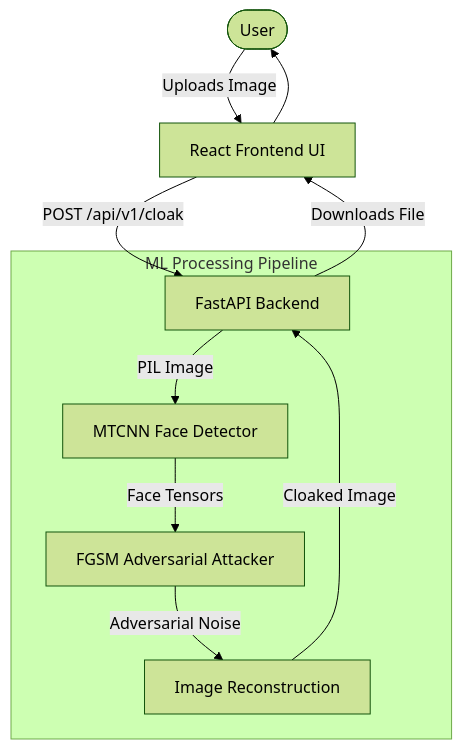
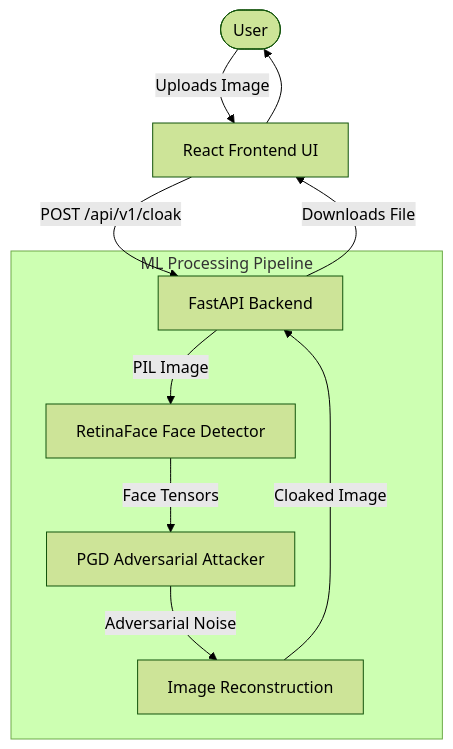
Before and after one commit to Shubham-Atram-ai/AntiDeepfake: the diagram in README.md, drawn with Mermaid (forest theme). The commit also changed other lines of this file and 43 other files, not shown here.

Commit message:
feat: complete Phase 2 migration to RetinaFace and PGD cloaking

````diff
--- a/README.md
+++ b/README.md
@@ -76,15 +76,15 @@
 ```mermaid
 graph TD
     User([User]) -->|Uploads Image| UI[React Frontend UI]
     UI -->|POST /api/v1/cloak| API[FastAPI Backend]
     
     subgraph ML Processing Pipeline
-        API -->|PIL Image| Detector[MTCNN Face Detector]
-        Detector -->|Face Tensors| Attacker[FGSM Adversarial Attacker]
+        API -->|PIL Image| Detector[RetinaFace Face Detector]
+        Detector -->|Face Tensors| Attacker[PGD Adversarial Attacker]
         Attacker -->|Adversarial Noise| Recon[Image Reconstruction]
     end
     
     Recon -->|Cloaked Image| API
     API -->|Downloads File| UI
     UI --> User
 ```
````
